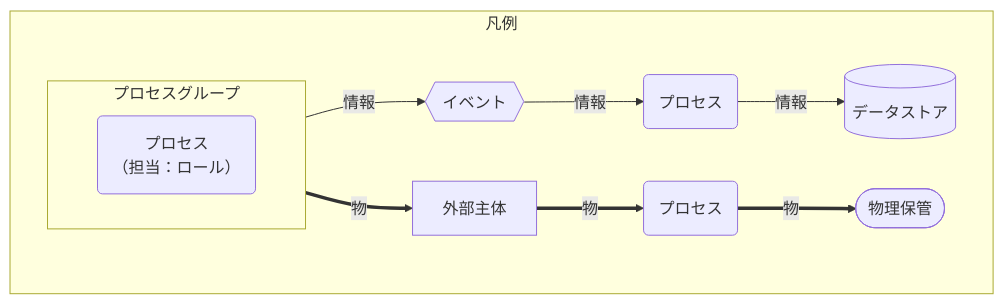
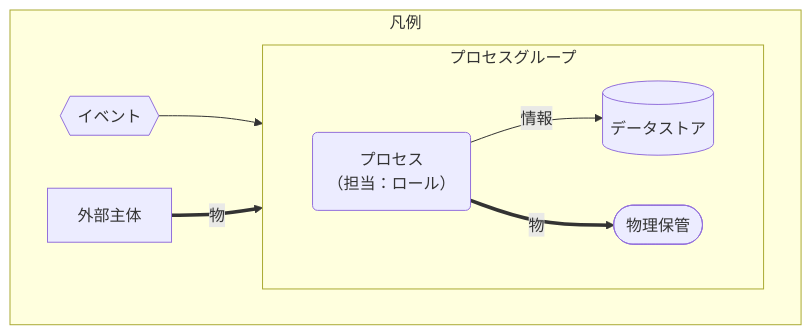
One commit to naoji3x/grandma-candy-shop changed diagram 14 of 14 in docs/handbook/rules/cdfd-mermaid-rules.md. Above: the diagram before and after it, drawn with Mermaid. The commit also changed 5 other files, not shown here.

````diff
--- a/docs/handbook/rules/cdfd-mermaid-rules.md
+++ b/docs/handbook/rules/cdfd-mermaid-rules.md
@@ -255,20 +255,18 @@
 ```mermaid
 flowchart LR
   subgraph 凡例["凡例"]
       direction LR
       subgraph グループ["プロセスグループ"]
         direction LR
         処理1("プロセス<br>（担当：ロール）")
+        データストア[("データストア")]
+        物理保管(["物理保管"])
       end
 
-      処理3("プロセス")
-      処理4("プロセス")
-      データストア[("データストア")]
-      物理保管(["物理保管"])
       外部主体["外部主体"]
       イベント{{"イベント"}}
 
-      処理1 -->|"情報"| イベント -->|"情報"| 処理3 -->|"情報"| データストア
-      処理1 ==>|"物"| 外部主体 ==>|"物"| 処理4 ==>|"物"| 物理保管
+      イベント --> 処理1 -->|"情報"| データストア
+      外部主体 ==>|"物"| 処理1 ==>|"物"| 物理保管
   end
 ```
````
